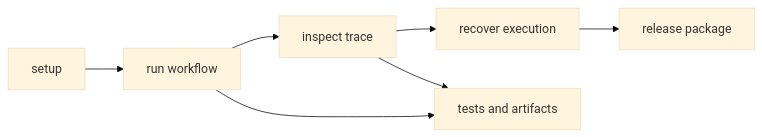
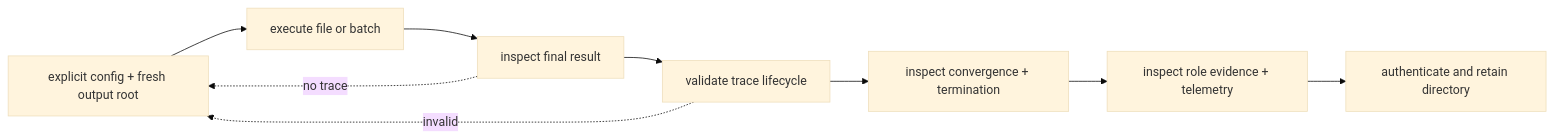
The diagram in docs/05-bijux-canon-agent/operations/index.md (bijux/bijux-canon), drawn with Mermaid (base theme) before and after one commit. The commit also changed other lines of this file and 3 other files, not shown here.

````diff
--- a/docs/05-bijux-canon-agent/operations/index.md
+++ b/docs/05-bijux-canon-agent/operations/index.md
@@ -16,13 +19,14 @@
 ```mermaid
 flowchart LR
-    setup["setup"]
-    run["run workflow"]
-    inspect["inspect trace"]
-    recover["recover execution"]
-    release["release package"]
-    proof["tests and artifacts"]
+    prepare["explicit config + fresh output root"]
+    run["execute file or batch"]
+    result["inspect final result"]
+    trace["validate trace lifecycle"]
+    convergence["inspect convergence + termination"]
+    roles["inspect role evidence + telemetry"]
+    publish["authenticate and retain directory"]
 
-    setup --> run --> inspect --> recover --> release
-    run --> proof
-    inspect --> proof
+    prepare --> run --> result --> trace --> convergence --> roles --> publish
+    result -. no trace .-> prepare
+    trace -. invalid .-> prepare
 ```
````
